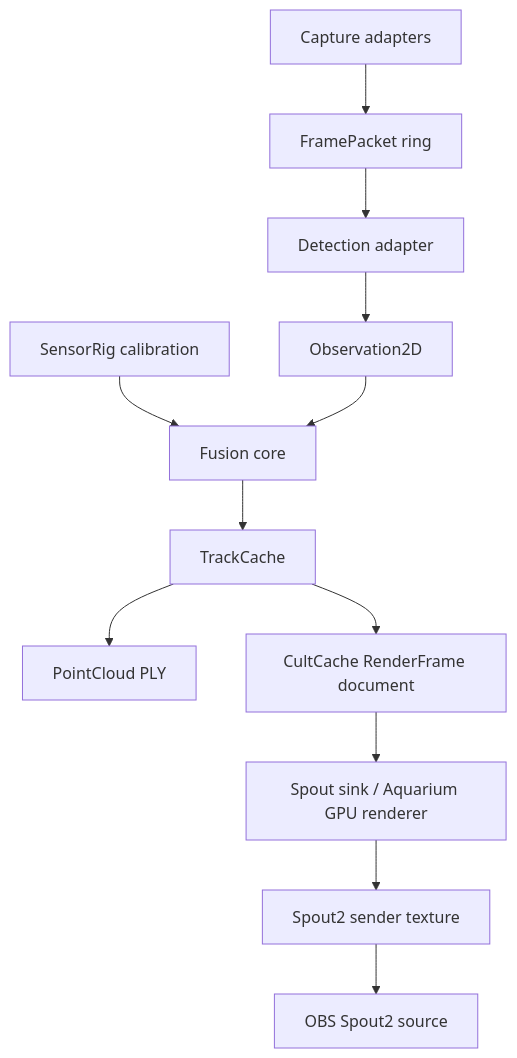
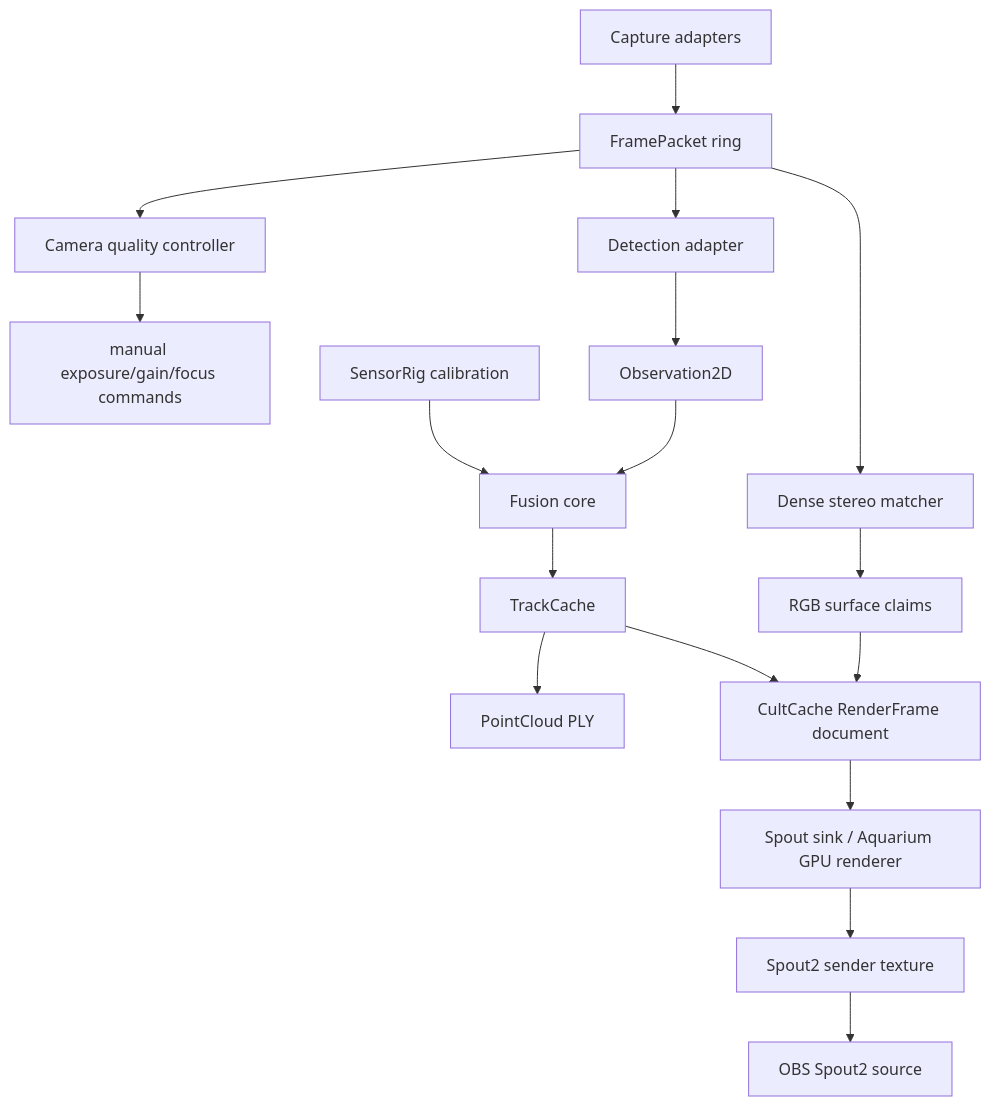
Before and after one commit to GameCult/Mimir: the diagram in docs/sensor-fusion-architecture.md, drawn with Mermaid. The commit also changed other lines of this file and 7 other files, not shown here.

Commit message:
Add camera quality control and debug dense stereo

````diff
--- a/docs/sensor-fusion-architecture.md
+++ b/docs/sensor-fusion-architecture.md
@@ -30,14 +39,19 @@
 ```mermaid
 flowchart TD
     A["Capture adapters"] --> B["FramePacket ring"]
-    B --> C["Detection adapter"]
-    C --> D["Observation2D"]
-    E["SensorRig calibration"] --> F["Fusion core"]
-    D --> F
-    F --> G["TrackCache"]
-    G --> H["PointCloud PLY"]
-    G --> I["CultCache RenderFrame document"]
-    I --> J["Spout sink / Aquarium GPU renderer"]
-    J --> K["Spout2 sender texture"]
-    K --> L["OBS Spout2 source"]
+    B --> C["Camera quality controller"]
+    C --> D["manual exposure/gain/focus commands"]
+    B --> E["Detection adapter"]
+    E --> F["Observation2D"]
+    B --> G["Dense stereo matcher"]
+    H["SensorRig calibration"] --> I["Fusion core"]
+    F --> I
+    I --> J["TrackCache"]
+    G --> K["RGB surface claims"]
+    J --> L["PointCloud PLY"]
+    J --> M["CultCache RenderFrame document"]
+    K --> M
+    M --> N["Spout sink / Aquarium GPU renderer"]
+    N --> O["Spout2 sender texture"]
+    O --> P["OBS Spout2 source"]
 ```
````
